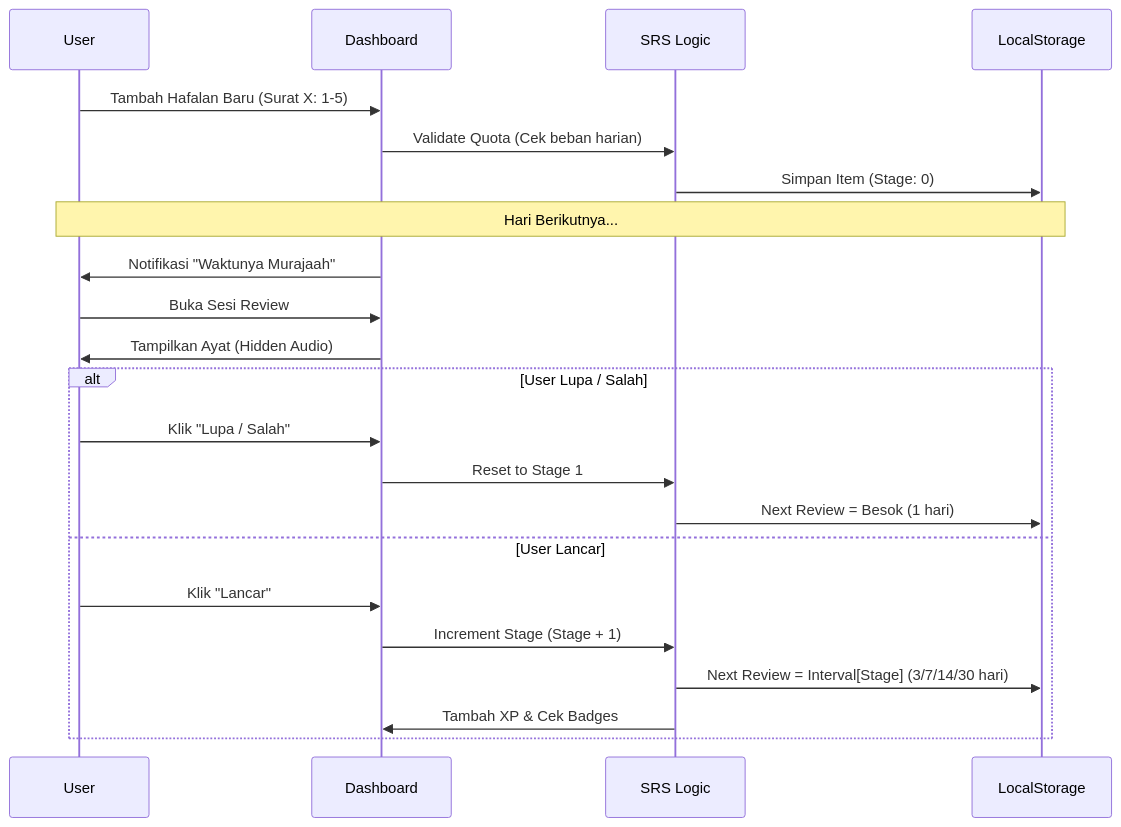
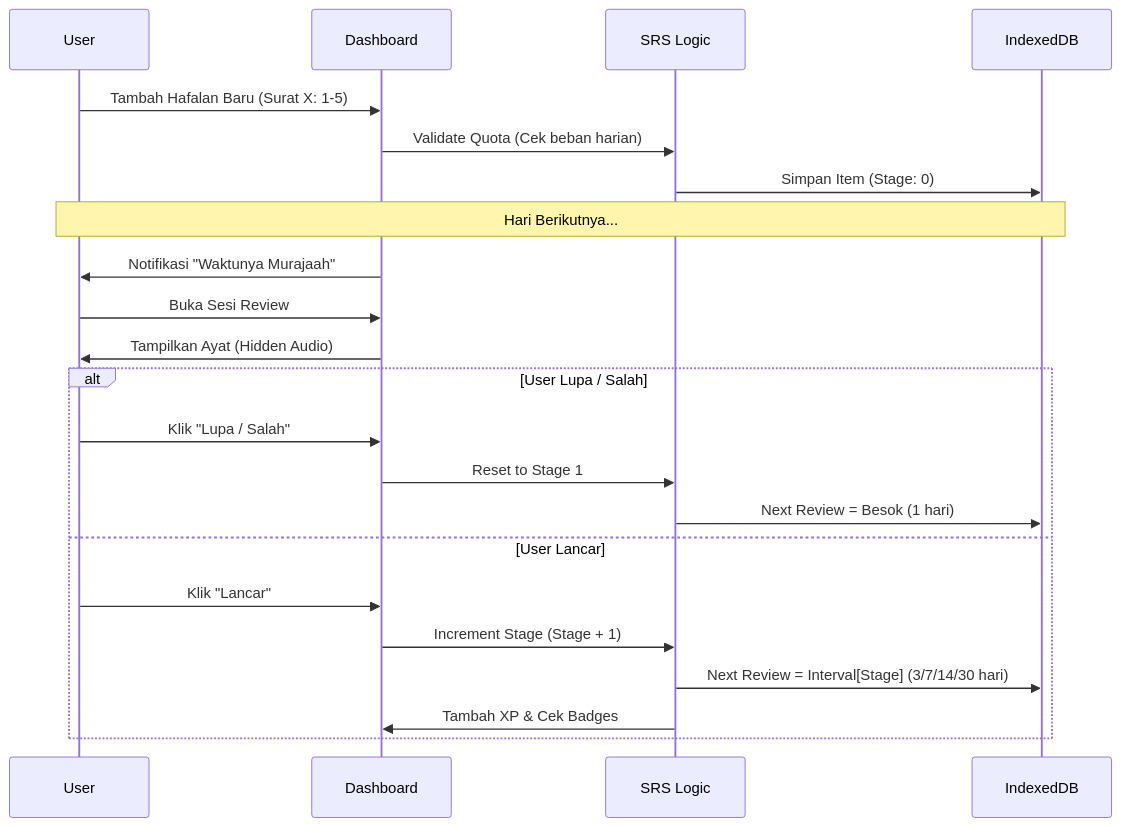
Before and after one commit to ariefShaifullah/nizamy: the second of 2 diagrams in FLOW.md, drawn with Mermaid. The commit also changed other lines of this file and 14 other files, not shown here.

````diff
--- a/FLOW.md
+++ b/FLOW.md
@@ -85,28 +88,28 @@
 ```mermaid
 sequenceDiagram
     participant U as User
     participant UI as Dashboard
     participant SRS as SRS Logic
-    participant DB as LocalStorage
+    participant DB as IndexedDB
 
     U->>UI: Tambah Hafalan Baru (Surat X: 1-5)
     UI->>SRS: Validate Quota (Cek beban harian)
     SRS->>DB: Simpan Item (Stage: 0)
 
     Note over U, DB: Hari Berikutnya...
 
     UI->>U: Notifikasi "Waktunya Murajaah"
     U->>UI: Buka Sesi Review
     UI->>U: Tampilkan Ayat (Hidden Audio)
 
     alt User Lupa / Salah
         U->>UI: Klik "Lupa / Salah"
         UI->>SRS: Reset to Stage 1
         SRS->>DB: Next Review = Besok (1 hari)
     else User Lancar
         U->>UI: Klik "Lancar"
         UI->>SRS: Increment Stage (Stage + 1)
         SRS->>DB: Next Review = Interval[Stage] (3/7/14/30 hari)
         SRS->>UI: Tambah XP & Cek Badges
     end
 ```
````
